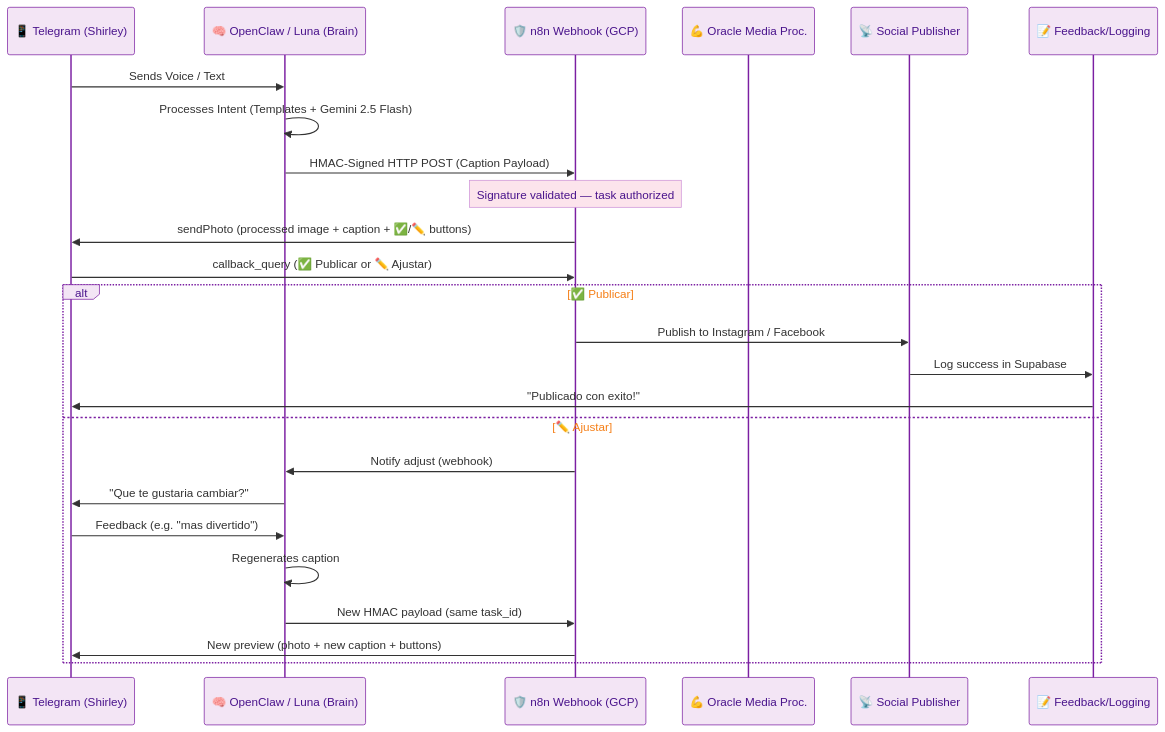
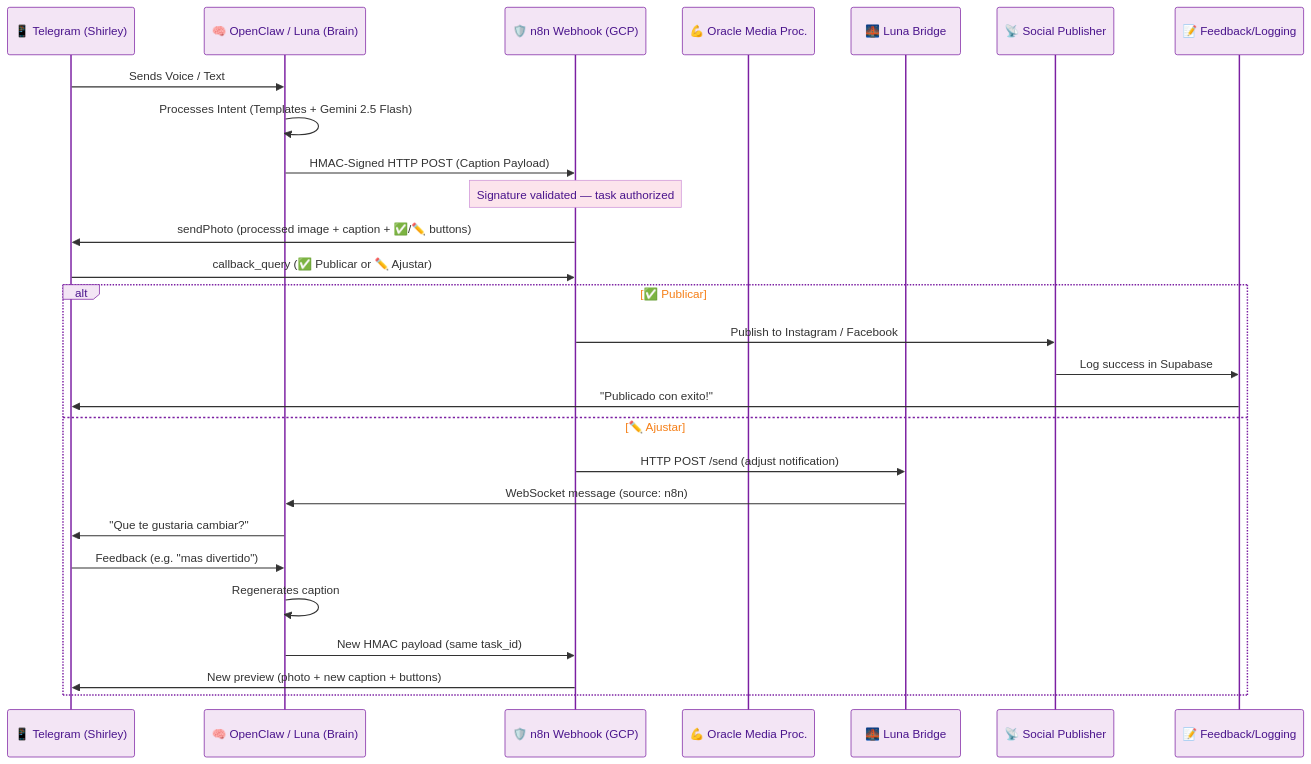
Before and after one commit to aleocampodev/LobsterMarketing: the second of 3 diagrams in specs/architecture.md, drawn with Mermaid. The commit also changed other lines of this file and 14 other files, not shown here.

````diff
--- a/specs/architecture.md
+++ b/specs/architecture.md
@@ -129,41 +143,43 @@
 ```mermaid
 %%{init: {'theme': 'base', 'themeVariables': {
   'actorTextColor': '#4A148C',
   'actorBorder': '#7B1FA2',
   'actorBkg': '#F3E5F5',
   'activationBorderColor': '#F57F17',
   'activationBkgColor': '#FFF8E1',
   'sequenceNumberColor': '#4A148C',
   'noteBorderColor': '#CE93D8',
   'noteBkgColor': '#FCE4EC',
   'noteTextColor': '#4A148C',
   'labelTextColor': '#4A148C',
   'loopTextColor': '#F57F17'
 }}}%%
 sequenceDiagram
     participant T as 📱 Telegram (Shirley)
     participant O as 🧠 OpenClaw / Luna (Brain)
     participant W as 🛡️ n8n Webhook (GCP)
     participant MP as 💪 Oracle Media Proc.
+    participant LB as 🌉 Luna Bridge
     participant SP as 📡 Social Publisher
     participant FL as 📝 Feedback/Logging
 
     T->>O: Sends Voice / Text
     O->>O: Processes Intent (Templates + Gemini 2.5 Flash)
     O->>W: HMAC-Signed HTTP POST (Caption Payload)
     Note over W: Signature validated — task authorized
     W->>T: sendPhoto (processed image + caption + ✅/✏️ buttons)
     T->>W: callback_query (✅ Publicar or ✏️ Ajustar)
     alt ✅ Publicar
         W->>SP: Publish to Instagram / Facebook
         SP->>FL: Log success in Supabase
         FL->>T: "Publicado con exito!"
     else ✏️ Ajustar
-        W->>O: Notify adjust (webhook)
+        W->>LB: HTTP POST /send (adjust notification)
+        LB->>O: WebSocket message (source: n8n)
         O->>T: "Que te gustaria cambiar?"
         T->>O: Feedback (e.g. "mas divertido")
         O->>O: Regenerates caption
         O->>W: New HMAC payload (same task_id)
         W->>T: New preview (photo + new caption + buttons)
     end
 ```
````
